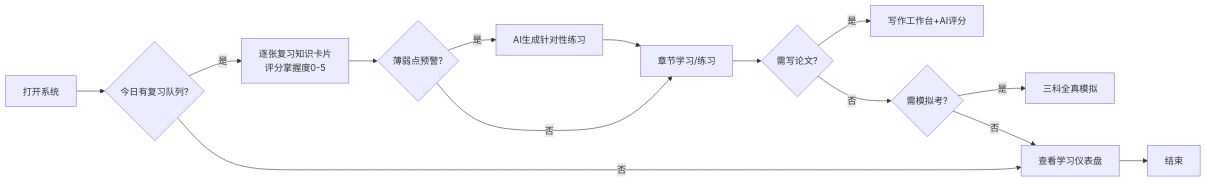
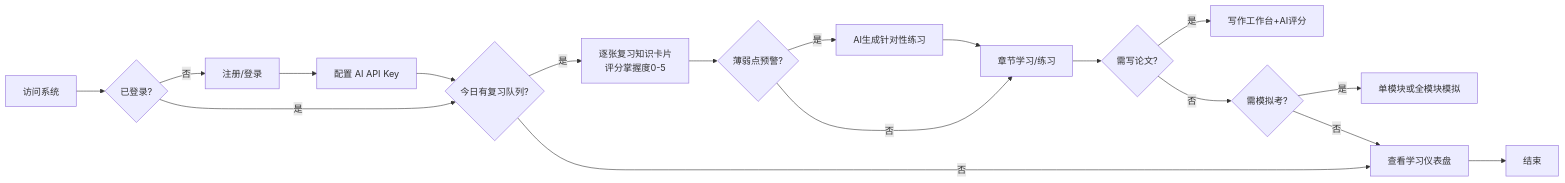
One commit to Norman-pong/learn-architect-prep changed the first of 3 diagrams in docs/prd/2026-07-08-archprep.md. Above: the diagram before and after it, drawn with Mermaid. The commit also changed other lines of this file and 2 other files, not shown here.

````diff
--- a/docs/prd/2026-07-08-archprep.md
+++ b/docs/prd/2026-07-08-archprep.md
@@ -94,16 +100,20 @@
 ```mermaid
 flowchart LR
-    A[打开系统] --> B{今日有复习队列?}
-    B -->|是| C[逐张复习知识卡片<br/>评分掌握度0-5]
-    B -->|否| D[查看学习仪表盘]
-    C --> E{薄弱点预警?}
-    E -->|是| F[AI生成针对性练习]
-    E -->|否| G[章节学习/练习]
-    F --> G
-    G --> H{需写论文?}
-    H -->|是| I[写作工作台+AI评分]
-    H -->|否| J{需模拟考?}
-    J -->|是| K[三科全真模拟]
-    J -->|否| D
-    D --> L[结束]
+    A[访问系统] --> B{已登录?}
+    B -->|否| C[注册/登录]
+    C --> D[配置 AI API Key]
+    B -->|是| E{今日有复习队列?}
+    D --> E
+    E -->|是| F[逐张复习知识卡片<br/>评分掌握度0-5]
+    E -->|否| G[查看学习仪表盘]
+    F --> H{薄弱点预警?}
+    H -->|是| I[AI生成针对性练习]
+    H -->|否| J[章节学习/练习]
+    I --> J
+    J --> K{需写论文?}
+    K -->|是| L[写作工作台+AI评分]
+    K -->|否| M{需模拟考?}
+    M -->|是| N[单模块或全模块模拟]
+    M -->|否| G
+    G --> O[结束]
 ```
````
